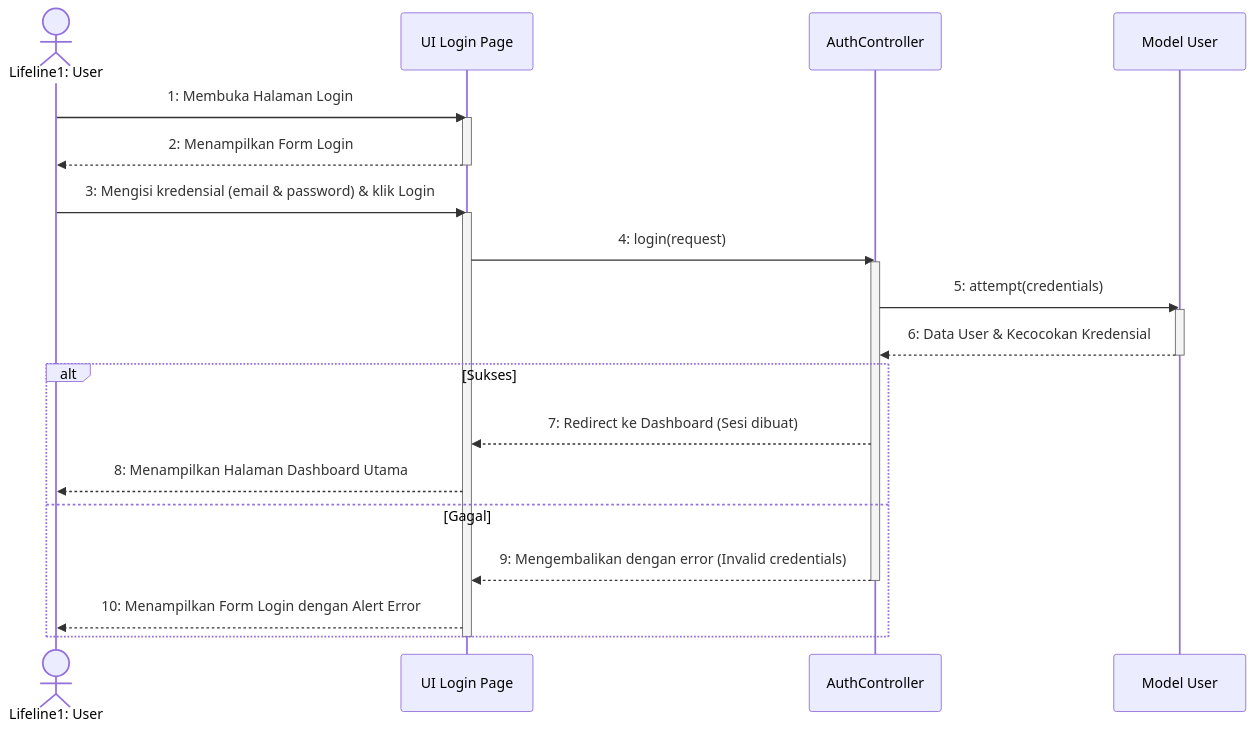
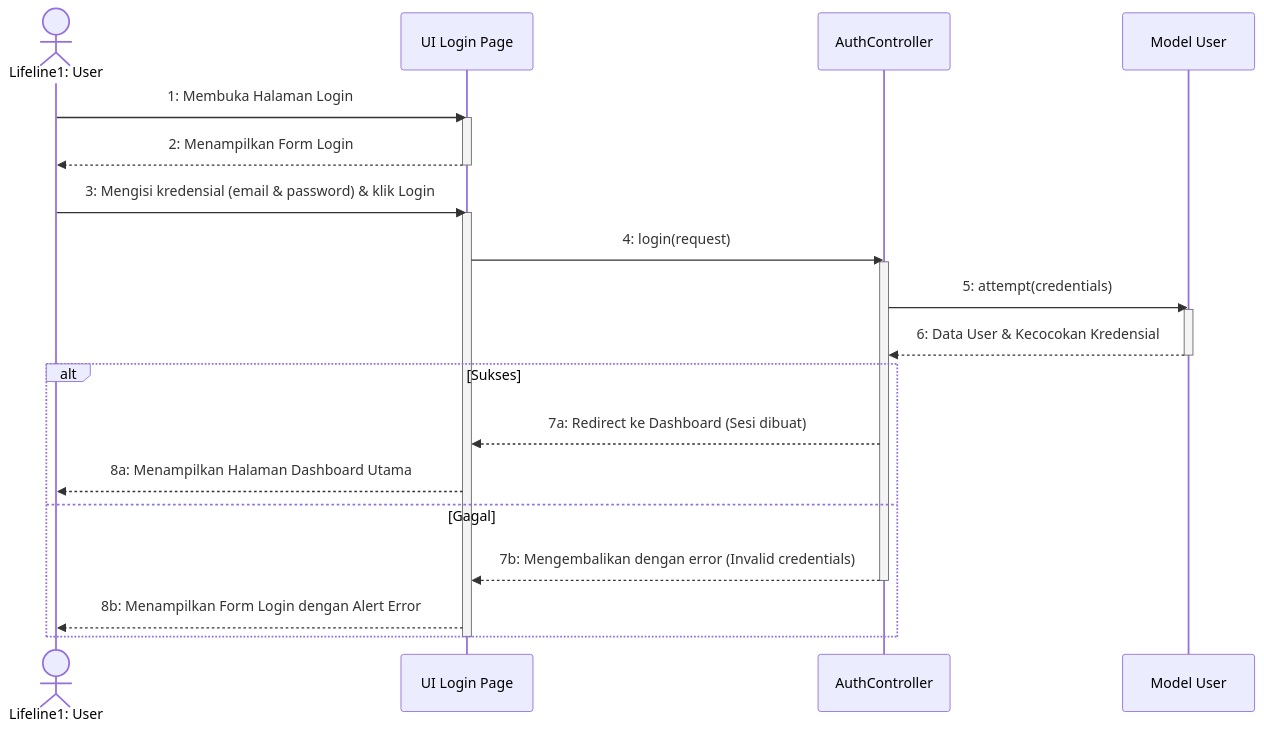
One commit to Duandi04/ta_submission changed the diagram in docs/uml/Sequence Diagram/User/sequence_diagram_login.md. Above: the diagram before and after it, drawn with Mermaid. The commit also changed 7 other files, not shown here.

Commit message:
refactor: reindex sequence diagram step identifiers for consistency across all user and administrative flows

````diff
--- a/docs/uml/Sequence Diagram/User/sequence_diagram_login.md
+++ b/docs/uml/Sequence Diagram/User/sequence_diagram_login.md
@@ -5,31 +5,31 @@
 ```mermaid
 sequenceDiagram
     actor User as Lifeline1: User
     participant UI as UI Login Page
     participant Ctrl as AuthController
     participant Model as Model User
 
     User->>UI: 1: Membuka Halaman Login
     activate UI
     UI-->>User: 2: Menampilkan Form Login
     deactivate UI
 
     User->>UI: 3: Mengisi kredensial (email & password) & klik Login
     activate UI
     UI->>Ctrl: 4: login(request)
     activate Ctrl
     Ctrl->>Model: 5: attempt(credentials)
     activate Model
     Model-->>Ctrl: 6: Data User & Kecocokan Kredensial
     deactivate Model
     
     alt Sukses
-        Ctrl-->>UI: 7: Redirect ke Dashboard (Sesi dibuat)
-        UI-->>User: 8: Menampilkan Halaman Dashboard Utama
+        Ctrl-->>UI: 7a: Redirect ke Dashboard (Sesi dibuat)
+        UI-->>User: 8a: Menampilkan Halaman Dashboard Utama
     else Gagal
-        Ctrl-->>UI: 9: Mengembalikan dengan error (Invalid credentials)
+        Ctrl-->>UI: 7b: Mengembalikan dengan error (Invalid credentials)
         deactivate Ctrl
-        UI-->>User: 10: Menampilkan Form Login dengan Alert Error
+        UI-->>User: 8b: Menampilkan Form Login dengan Alert Error
     end
     deactivate UI
 ```
````
